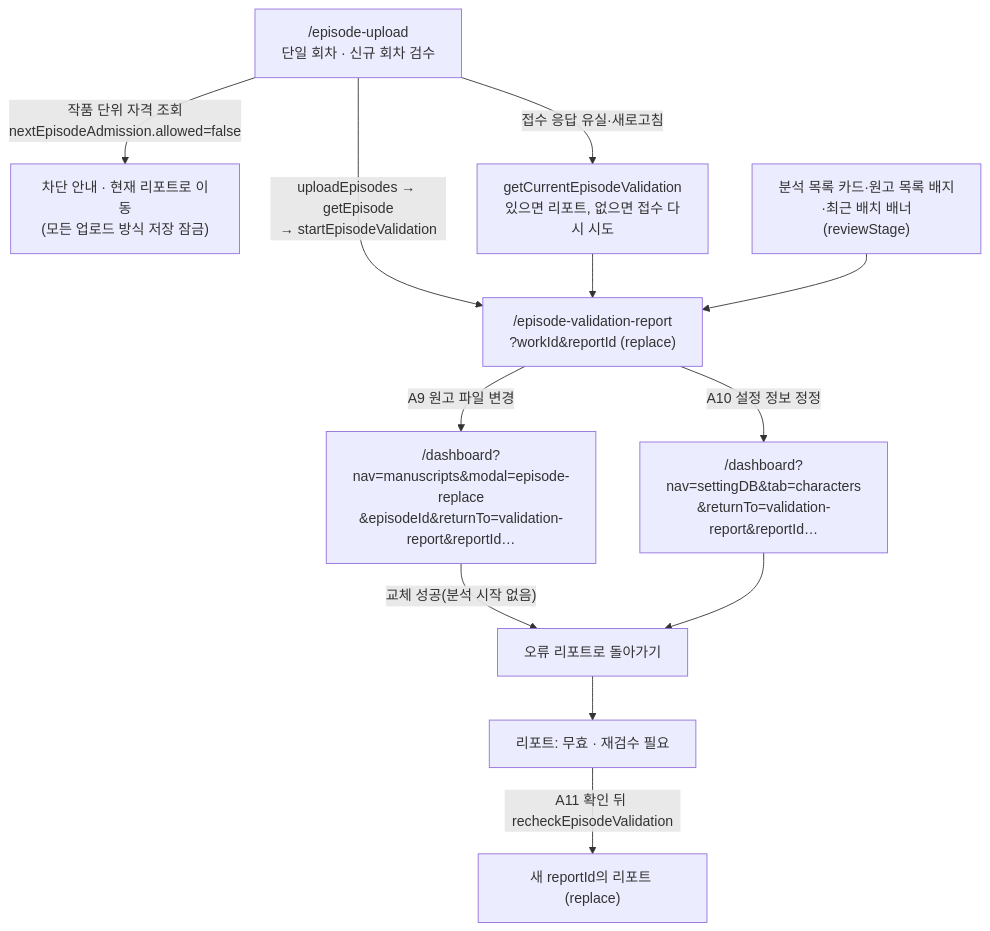
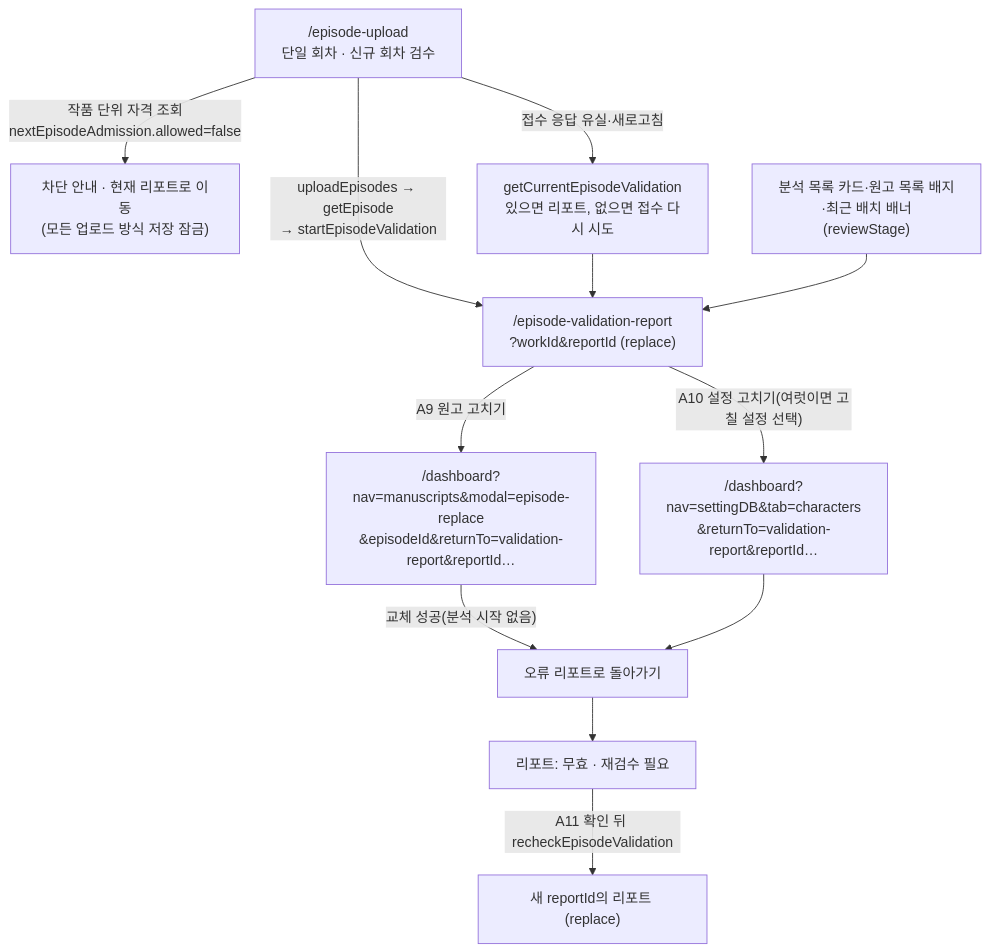
One commit to catchhole-soma/catchhole-front changed diagram 16 of 17 in docs/screen-flow.md. Above: the diagram before and after it, drawn with Mermaid. The commit also changed 3 other files, not shown here.

````diff
--- a/docs/screen-flow.md
+++ b/docs/screen-flow.md
@@ -1048,14 +1048,14 @@
 ```mermaid
 flowchart TD
     U["/episode-upload<br/>단일 회차 · 신규 회차 검수"] -->|"작품 단위 자격 조회<br/>nextEpisodeAdmission.allowed=false"| X["차단 안내 · 현재 리포트로 이동<br/>(모든 업로드 방식 저장 잠금)"]
     U -->|"uploadEpisodes → getEpisode<br/>→ startEpisodeValidation"| R["/episode-validation-report<br/>?workId&reportId (replace)"]
     U -->|"접수 응답 유실·새로고침"| C["getCurrentEpisodeValidation<br/>있으면 리포트, 없으면 접수 다시 시도"]
     C --> R
     L["분석 목록 카드·원고 목록 배지·최근 배치 배너<br/>(reviewStage)"] --> R
-    R -->|"A9 원고 파일 변경"| M["/dashboard?nav=manuscripts&modal=episode-replace<br/>&episodeId&returnTo=validation-report&reportId…"]
+    R -->|"A9 원고 고치기"| M["/dashboard?nav=manuscripts&modal=episode-replace<br/>&episodeId&returnTo=validation-report&reportId…"]
     M -->|"교체 성공(분석 시작 없음)"| B["오류 리포트로 돌아가기"]
-    R -->|"A10 설정 정보 정정"| S["/dashboard?nav=settingDB&tab=characters<br/>&returnTo=validation-report&reportId…"]
+    R -->|"A10 설정 고치기(여럿이면 고칠 설정 선택)"| S["/dashboard?nav=settingDB&tab=characters<br/>&returnTo=validation-report&reportId…"]
     S --> B
     B --> R2["리포트: 무효 · 재검수 필요"]
     R2 -->|"A11 확인 뒤 recheckEpisodeValidation"| N["새 reportId의 리포트 (replace)"]
 ```
````
